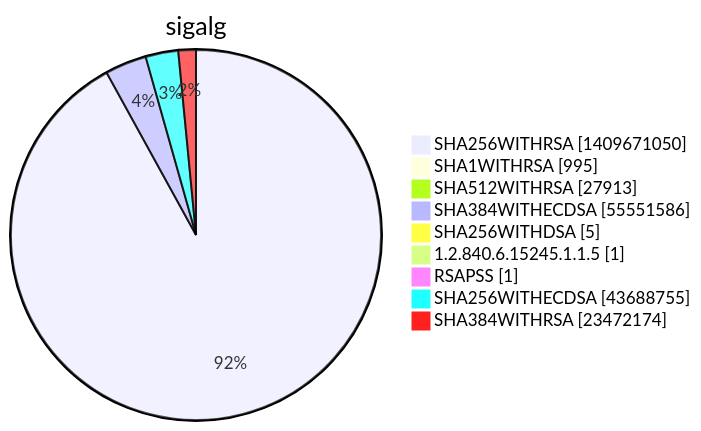
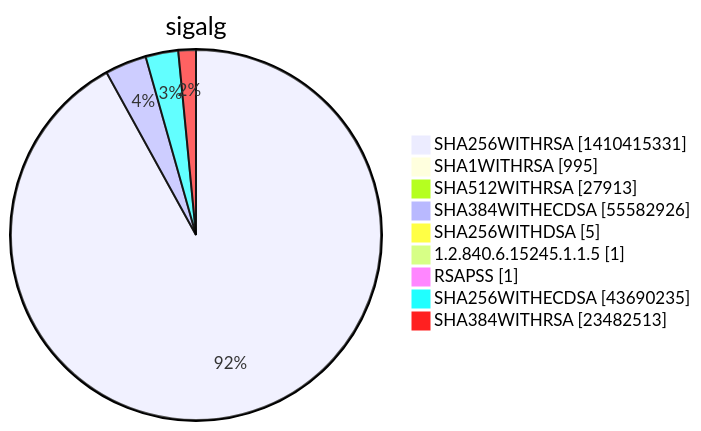
Diagram 15 of 15 in xenon2022/README.md (christiankrug/ctmonitor_visualization), drawn with Mermaid before and after one commit. The commit also changed other lines of this file, not shown here.

````diff
--- a/xenon2022/README.md
+++ b/xenon2022/README.md
@@ -5858,13 +5858,13 @@
 ```mermaid
 pie showData
 title sigalg
-"SHA256WITHRSA" :1409671050
+"SHA256WITHRSA" :1410415331
 "SHA1WITHRSA" :995
 "SHA512WITHRSA" :27913
-"SHA384WITHECDSA" :55551586
+"SHA384WITHECDSA" :55582926
 "SHA256WITHDSA" :5
 "1.2.840.6.15245.1.1.5" :1
 "RSAPSS" :1
-"SHA256WITHECDSA" :43688755
-"SHA384WITHRSA" :23472174
+"SHA256WITHECDSA" :43690235
+"SHA384WITHRSA" :23482513
 ```
````
